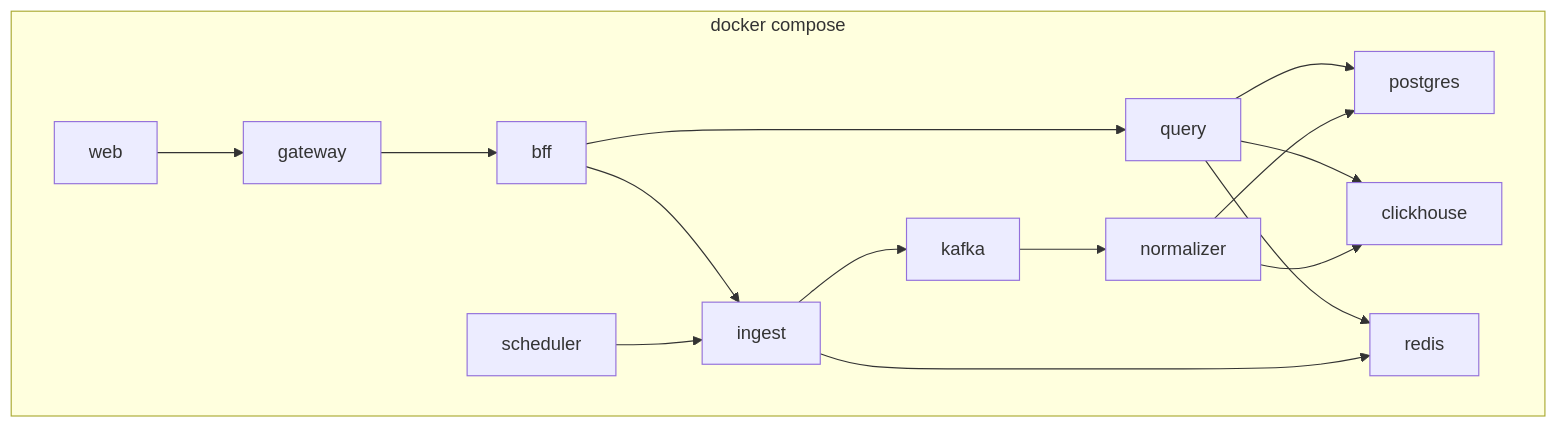
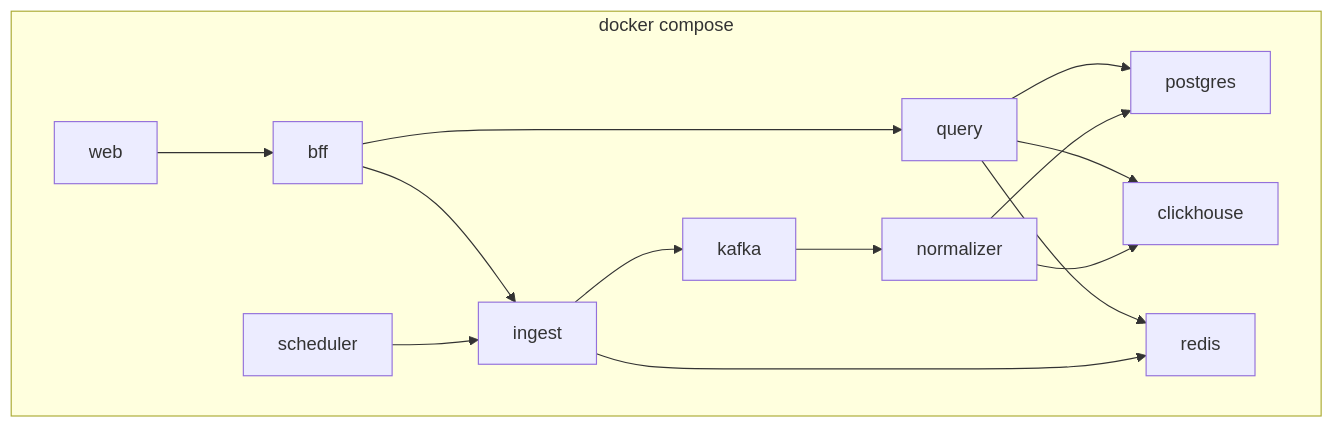
Before and after one commit to Chuchoss/it-labor-pulse: the first of 2 diagrams in docs/architecture/09-deployment.md, drawn with Mermaid. The commit also changed other lines of this file and 30 other files, not shown here.

First line of the commit message:
refactor(api): drop separate gateway; public BFF on :8080

````diff
--- a/docs/architecture/09-deployment.md
+++ b/docs/architecture/09-deployment.md
@@ -38,18 +38,17 @@
 ```mermaid
 flowchart TB
   subgraph compose [docker compose]
-    web --> gateway
-    gateway --> bff
+    web --> bff
     bff --> query
     bff --> ingest
     scheduler --> ingest
     ingest --> kafka
     kafka --> normalizer
     query --> postgres
     query --> clickhouse
     query --> redis
     normalizer --> postgres
     normalizer --> clickhouse
     ingest --> redis
   end
 ```
````
